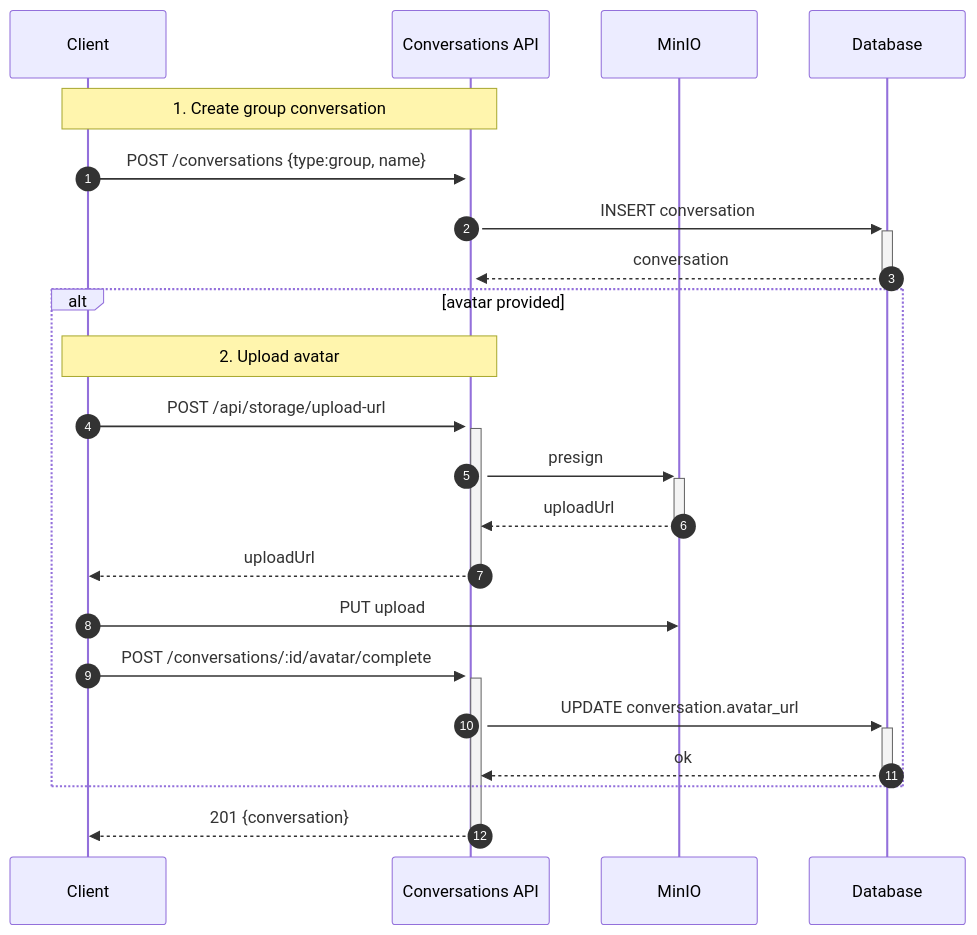
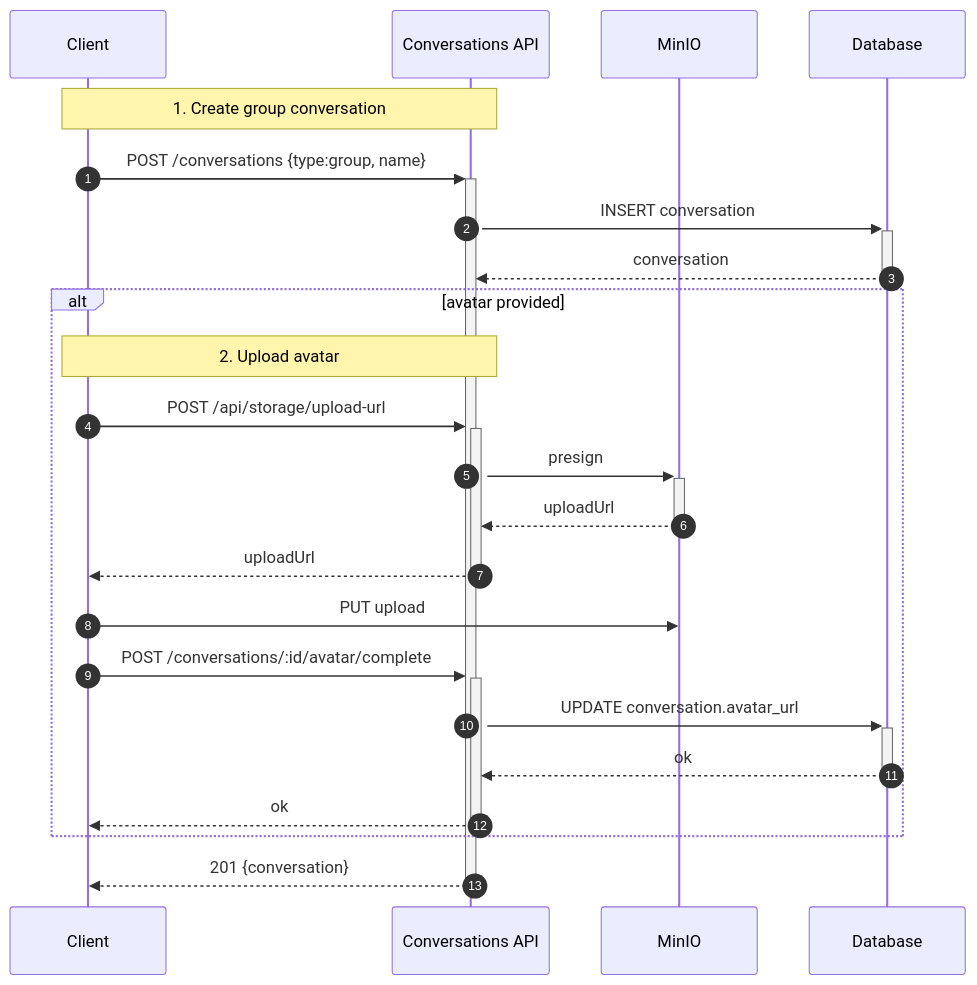
Before and after one commit to dinhhoang235/Chat-App: the second of 3 diagrams in docs/conversations.md, drawn with Mermaid. The commit also changed other lines of this file and 6 other files, not shown here.

Commit message:
refactor: streamline sequence diagrams and enhance clarity in API interactions across documentation

````diff
--- a/docs/conversations.md
+++ b/docs/conversations.md
@@ -50,25 +51,26 @@
 ```mermaid
 sequenceDiagram
   autonumber
   participant C as Client
   participant API as Conversations API
   participant Min as MinIO
   participant DB as Database
 
   Note over C,API: 1. Create group conversation
   C->>+API: POST /conversations {type:group, name}
   API->>+DB: INSERT conversation
   DB-->>-API: conversation
   alt avatar provided
     Note over C,API: 2. Upload avatar
     C->>+API: POST /api/storage/upload-url
     API->>+Min: presign
     Min-->>-API: uploadUrl
     API-->>-C: uploadUrl
     C->>Min: PUT upload
     C->>+API: POST /conversations/:id/avatar/complete
     API->>+DB: UPDATE conversation.avatar_url
     DB-->>-API: ok
+    API-->>-C: ok
   end
   API-->>-C: 201 {conversation}
 ```
````
